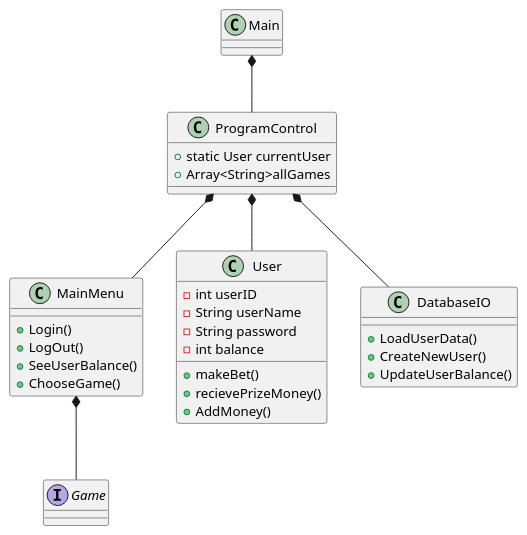
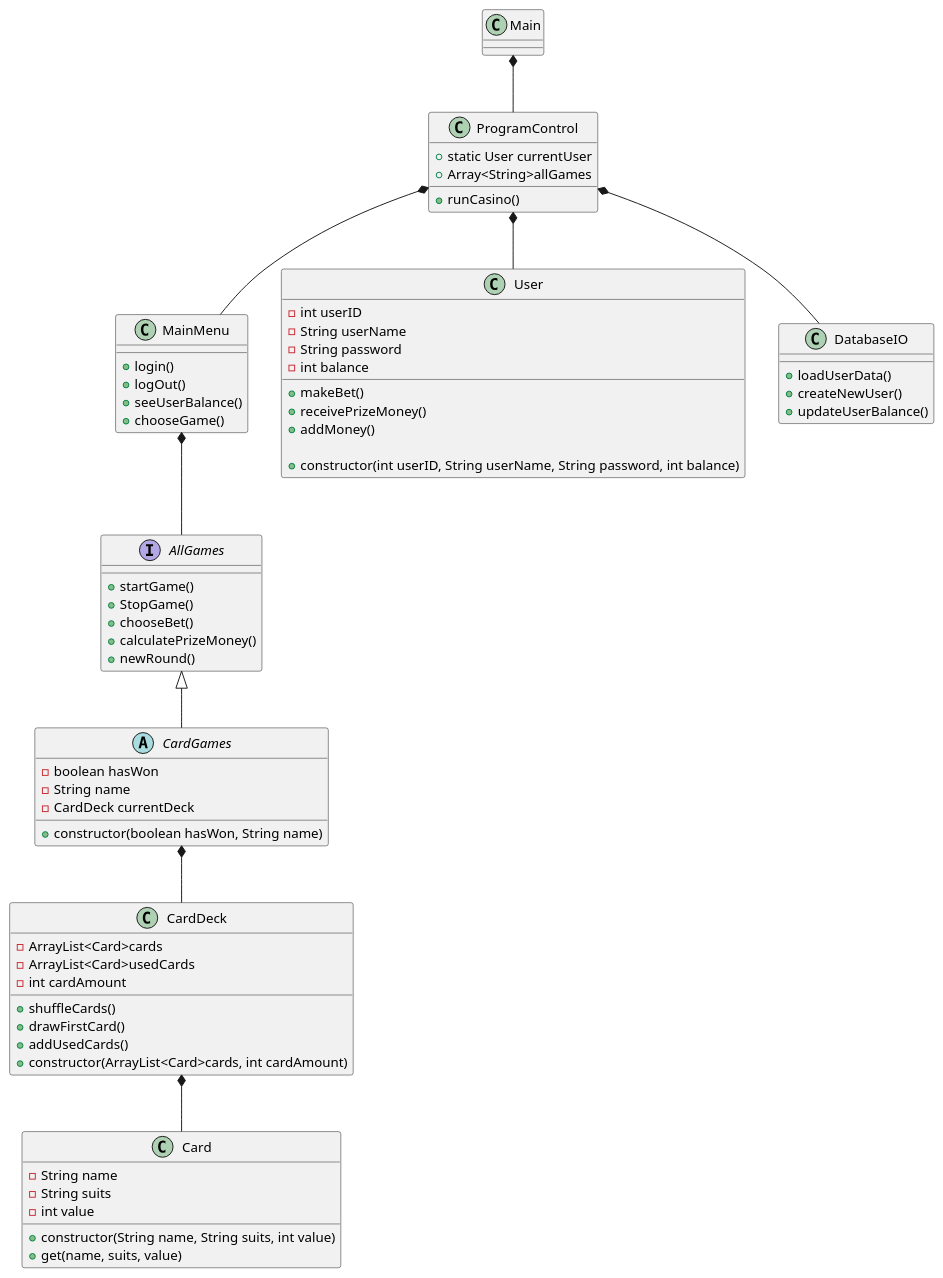
The diagram in Design UML/ClassDiagram.puml (MrJustMeDahl/ICE-casino), drawn with PlantUML before and after one commit. The commit also changed 1 other file, not shown here.

```diff
--- a/Design UML/ClassDiagram.puml
+++ b/Design UML/ClassDiagram.puml
@@ -1,49 +1,97 @@
 @startuml
 
 Main *-- ProgramControl
 ProgramControl *-- MainMenu
 ProgramControl *-- User
-MainMenu *-- Game
 ProgramControl *-- DatabaseIO
-
+MainMenu *-- AllGames
+AllGames <|-- CardGames
+CardGames *-- CardDeck
+CardDeck *-- Card
 
 class Main
 class User{
 
 - int userID
 - String userName
 - String password
 - int balance
 
 + makeBet()
-+ recievePrizeMoney()
-+ AddMoney()
++ receivePrizeMoney()
++ addMoney()
+
++ constructor(int userID, String userName, String password, int balance)
 
 }
 class MainMenu{
 
-+ Login()
-+ LogOut()
-+ SeeUserBalance()
-+ ChooseGame()
++ login()
++ logOut()
++ seeUserBalance()
++ chooseGame()
 
 }
 class ProgramControl{
 
 + static User currentUser
 + Array<String>allGames
++ runCasino()
+
 
 
 }
-interface Game
+
+interface AllGames{
+
++ startGame()
++ StopGame()
++ chooseBet()
++ calculatePrizeMoney()
++ newRound()
+
+}
+
+Abstract class CardGames{
+
+- boolean hasWon
+- String name
+- CardDeck currentDeck
++ constructor(boolean hasWon, String name)
+
+}
+
+class CardDeck{
+
+- ArrayList<Card>cards
+- ArrayList<Card>usedCards
+- int cardAmount
+
++ shuffleCards()
++ drawFirstCard()
++ addUsedCards()
++ constructor(ArrayList<Card>cards, int cardAmount)
+
+}
+
+class Card{
+
+- String name
+- String suits
+- int value
+
++ constructor(String name, String suits, int value)
++ get(name, suits, value)
+
+}
 
 class DatabaseIO{
 
-+ LoadUserData()
-+ CreateNewUser()
-+ UpdateUserBalance()
++ loadUserData()
++ createNewUser()
++ updateUserBalance()
 
 }
 
 
 @enduml
```
